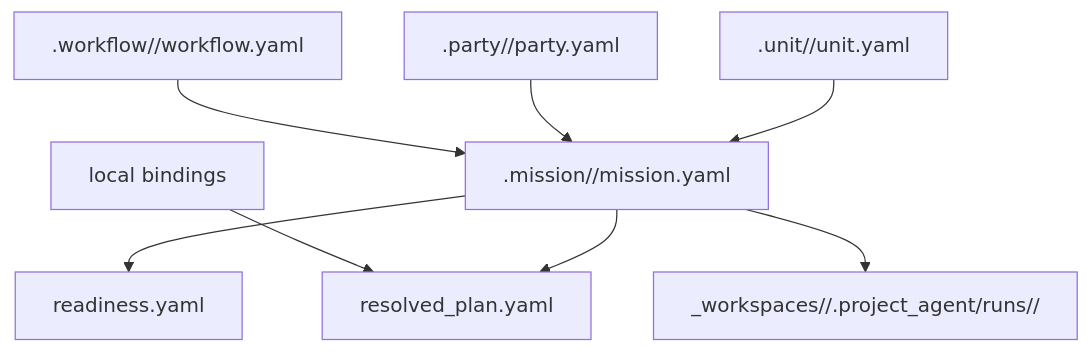
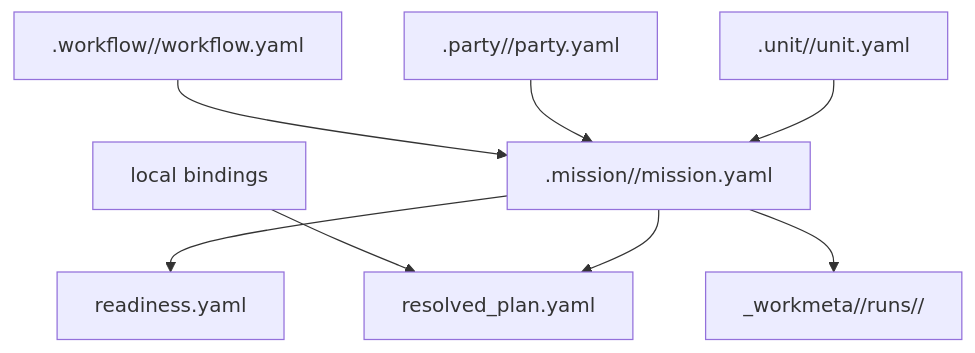
The diagram in docs/architecture/workspace/MISSION_MODEL.md (SungYongMOON/soulforge), drawn with Mermaid before and after one commit. The commit also changed other lines of this file and 111 other files, not shown here.

````diff
--- a/docs/architecture/workspace/MISSION_MODEL.md
+++ b/docs/architecture/workspace/MISSION_MODEL.md
@@ -10,10 +10,10 @@
 ```mermaid
 flowchart TD
   WF[".workflow/<workflow_id>/workflow.yaml"] --> MI[".mission/<mission_id>/mission.yaml"]
   PT[".party/<party_id>/party.yaml"] --> MI
   U[".unit/<unit_id>/unit.yaml"] --> MI
   B["local bindings"] --> RP["resolved_plan.yaml"]
   MI --> RD["readiness.yaml"]
   MI --> RP
-  MI --> WS["_workspaces/<project_code>/.project_agent/runs/<run_id>/"]
+  MI --> WS["_workmeta/<project_code>/runs/<run_id>/"]
 ```
````
